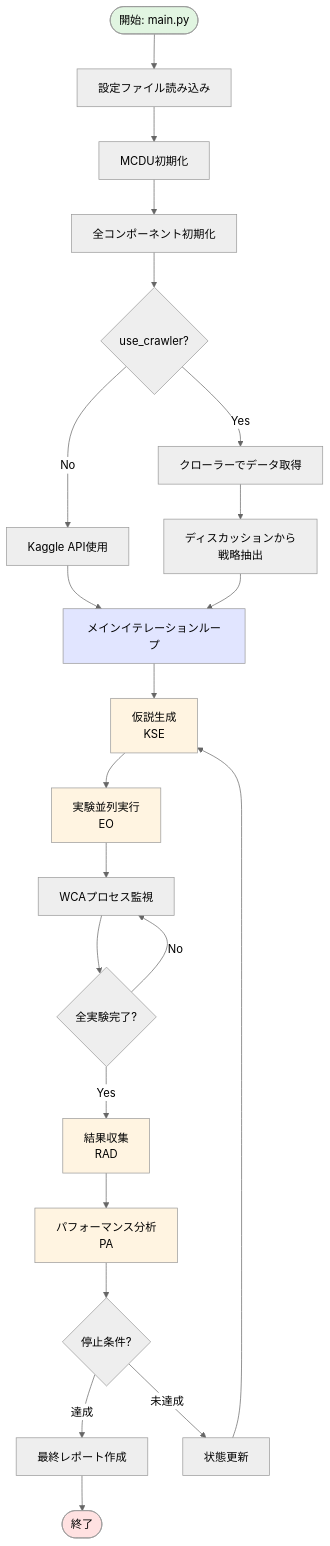
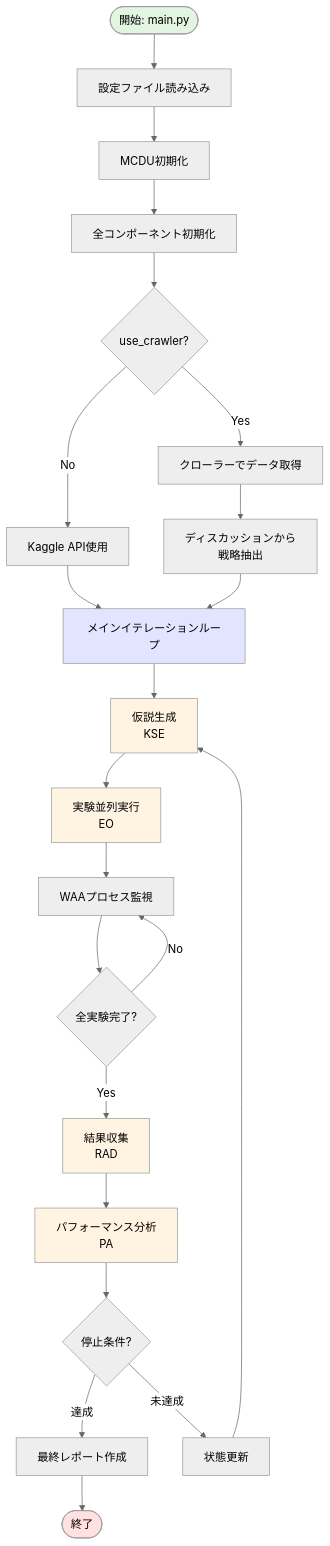
The first of 12 diagrams in docs/architecture/WORKFLOW_JAPANESE.md (harutasti/kaggle_automation), drawn with Mermaid (neutral theme) before and after one commit. The commit also changed other lines of this file and 27 other files, not shown here.

````diff
--- a/docs/architecture/WORKFLOW_JAPANESE.md
+++ b/docs/architecture/WORKFLOW_JAPANESE.md
@@ -12,39 +12,39 @@
 ```mermaid
 graph TB
     Start([開始: main.py]) --> LoadConfig[設定ファイル読み込み]
     LoadConfig --> InitMCDU[MCDU初期化]
     InitMCDU --> InitComponents[全コンポーネント初期化]
 
     InitComponents --> CheckCrawler{use_crawler?}
     CheckCrawler -->|Yes| FetchCrawler[クローラーでデータ取得]
     CheckCrawler -->|No| UseAPI[Kaggle API使用]
 
     FetchCrawler --> ExtractInsights[ディスカッションから<br/>戦略抽出]
     UseAPI --> MainLoop[メインイテレーションループ]
     ExtractInsights --> MainLoop
 
     MainLoop --> GenHypothesis[仮説生成<br/>KSE]
     GenHypothesis --> LaunchExp[実験並列実行<br/>EO]
-    LaunchExp --> Monitor[WCAプロセス監視]
+    LaunchExp --> Monitor[WAAプロセス監視]
 
     Monitor --> CheckComplete{全実験完了?}
     CheckComplete -->|No| Monitor
     CheckComplete -->|Yes| CollectResults[結果収集<br/>RAD]
 
     CollectResults --> Analyze[パフォーマンス分析<br/>PA]
     Analyze --> CheckStop{停止条件?}
 
     CheckStop -->|達成| FinalReport[最終レポート作成]
     CheckStop -->|未達成| UpdateState[状態更新]
     UpdateState --> GenHypothesis
 
     FinalReport --> End([終了])
 
     style Start fill:#e1f5e1
     style End fill:#ffe1e1
     style MainLoop fill:#e1e5ff
     style GenHypothesis fill:#fff4e1
     style LaunchExp fill:#fff4e1
     style CollectResults fill:#fff4e1
     style Analyze fill:#fff4e1
 ```
````
